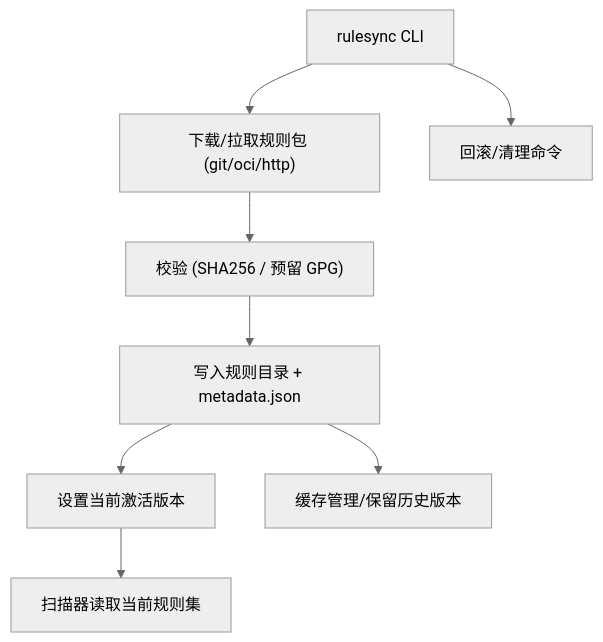
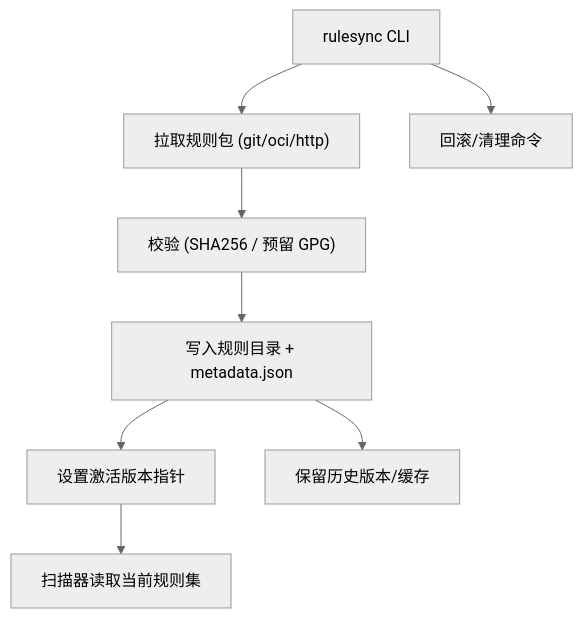
One commit to gengqifu/Minos changed the diagram in .ai/stories/story-1.story.md. Above: the diagram before and after it, drawn with Mermaid (neutral theme). The commit also changed other lines of this file, not shown here.

````diff
--- a/.ai/stories/story-1.story.md
+++ b/.ai/stories/story-1.story.md
@@ -75,10 +74,10 @@
 ```mermaid
 flowchart TD
-    CLI["rulesync CLI"] --> DL["下载/拉取规则包 (git/oci/http)"]
+    CLI["rulesync CLI"] --> DL["拉取规则包 (git/oci/http)"]
     DL --> VERIFY["校验 (SHA256 / 预留 GPG)"]
     VERIFY --> STORE["写入规则目录 + metadata.json"]
-    STORE --> ACTIVATE["设置当前激活版本"]
+    STORE --> ACTIVATE["设置激活版本指针"]
     ACTIVATE --> SCAN["扫描器读取当前规则集"]
-    STORE --> CACHE["缓存管理/保留历史版本"]
+    STORE --> CACHE["保留历史版本/缓存"]
     CLI --> ROLLBACK["回滚/清理命令"]
 ```
````
